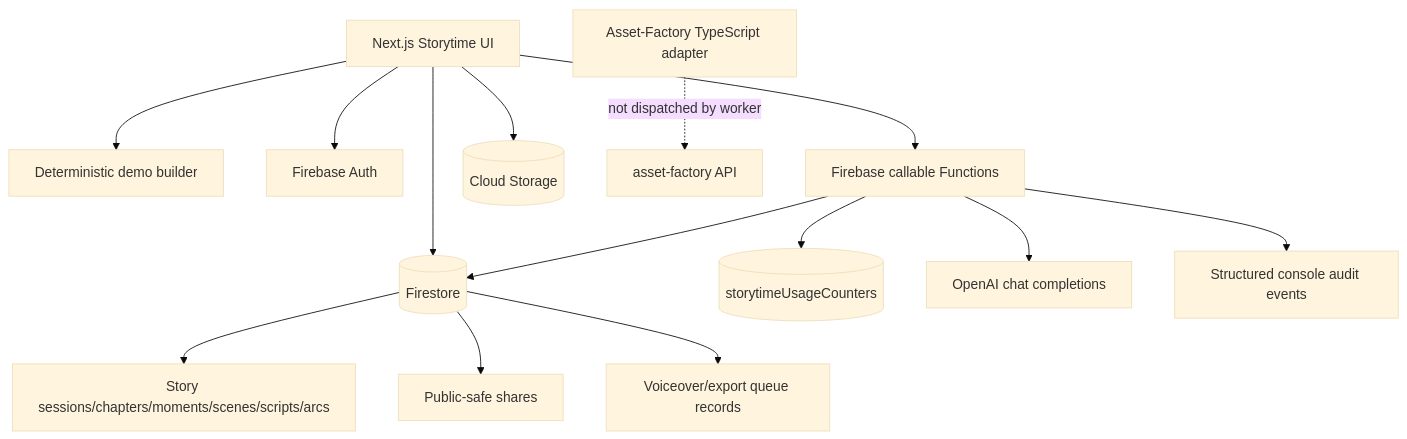
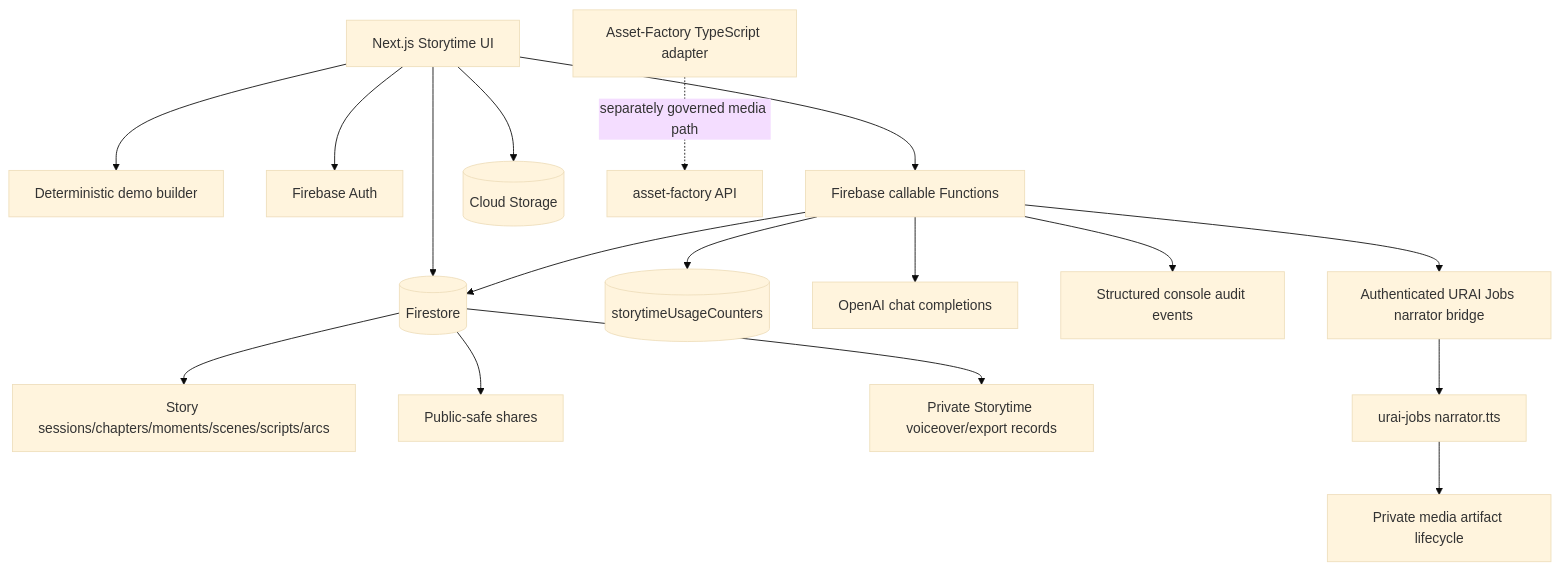
One commit to LifeLoggerAI/urai-storytime changed the first of 2 diagrams in docs/ARCHITECTURE.md. Above: the diagram before and after it, drawn with Mermaid (base theme). The commit also changed other lines of this file, not shown here.

Commit message:
Update Storytime architecture to current governed narrator bridge

````diff
--- a/docs/ARCHITECTURE.md
+++ b/docs/ARCHITECTURE.md
@@ -12,20 +12,23 @@
 ```mermaid
 flowchart TB
   Browser[Next.js Storytime UI]
   Browser --> Demo[Deterministic demo builder]
   Browser --> Auth[Firebase Auth]
   Browser --> FS[(Firestore)]
   Browser --> Fn[Firebase callable Functions]
   Browser --> Storage[(Cloud Storage)]
 
   Fn --> Quota[(storytimeUsageCounters)]
   Fn --> OpenAI[OpenAI chat completions]
   Fn --> FS
   Fn --> Logs[Structured console audit events]
 
   FS --> Sessions[Story sessions/chapters/moments/scenes/scripts/arcs]
   FS --> Shares[Public-safe shares]
-  FS --> Jobs[Voiceover/export queue records]
+  FS --> Voiceover[Private Storytime voiceover/export records]
+  Fn --> Bridge[Authenticated URAI Jobs narrator bridge]
+  Bridge --> Jobs[urai-jobs narrator.tts]
+  Jobs --> Media[Private media artifact lifecycle]
 
-  Adapter[Asset-Factory TypeScript adapter] -. not dispatched by worker .-> AssetFactory[asset-factory API]
+  Adapter[Asset-Factory TypeScript adapter] -. separately governed media path .-> AssetFactory[asset-factory API]
 ```
````
